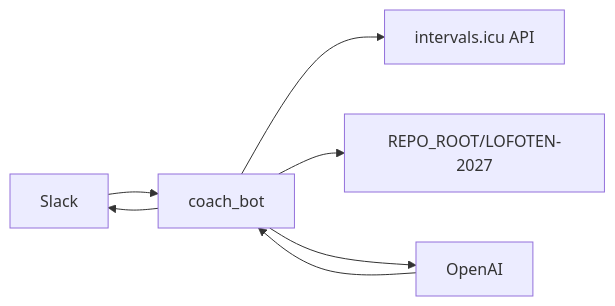
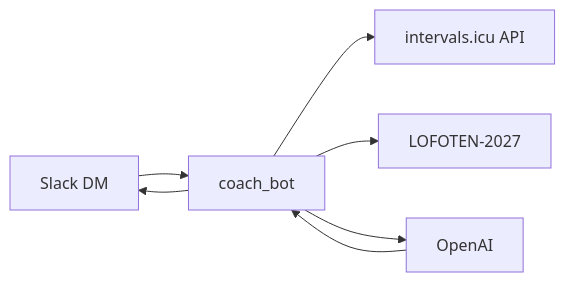
Before and after one commit to Wilste123/XTRI: the diagram in docs/ARCHITECTURE.md, drawn with Mermaid. The commit also changed other lines of this file and 25 other files, not shown here.

First line of the commit message:
Refocus coach-bot on Slack DM with Socket Mode

````diff
--- a/docs/ARCHITECTURE.md
+++ b/docs/ARCHITECTURE.md
@@ -15,8 +15,14 @@
 ```mermaid
 flowchart LR
-  Slack --> Bot[coach_bot]
-  Bot --> Intervals[intervals.icu API]
-  Bot --> Repo[REPO_ROOT/LOFOTEN-2027]
-  Bot --> LLM[OpenAI]
-  LLM --> Bot --> Slack
+  SlackDM[Slack DM]
+  Bot[coach_bot]
+  Intervals[intervals.icu API]
+  Repo[LOFOTEN-2027]
+  LLM[OpenAI]
+  SlackDM --> Bot
+  Bot --> Intervals
+  Bot --> Repo
+  Bot --> LLM
+  LLM --> Bot
+  Bot --> SlackDM
 ```
````
